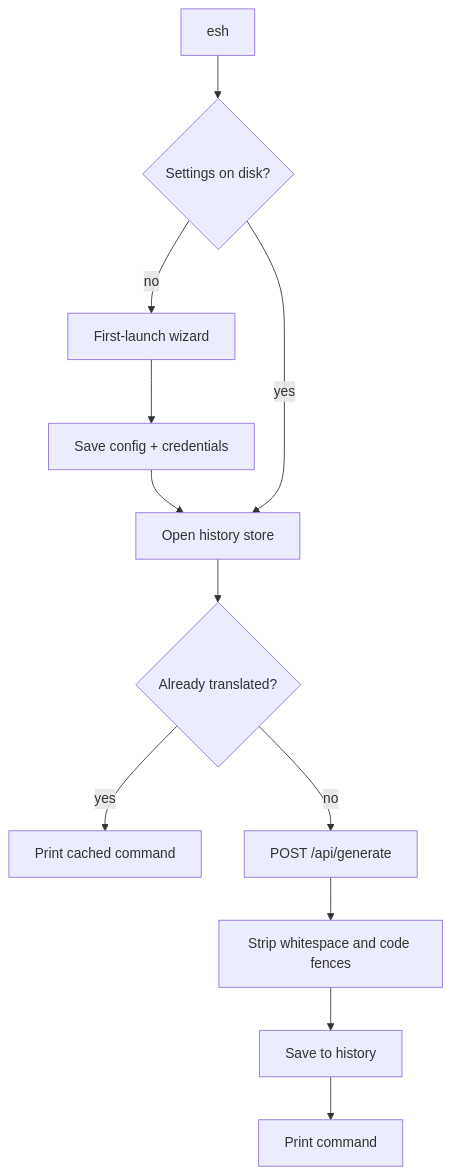
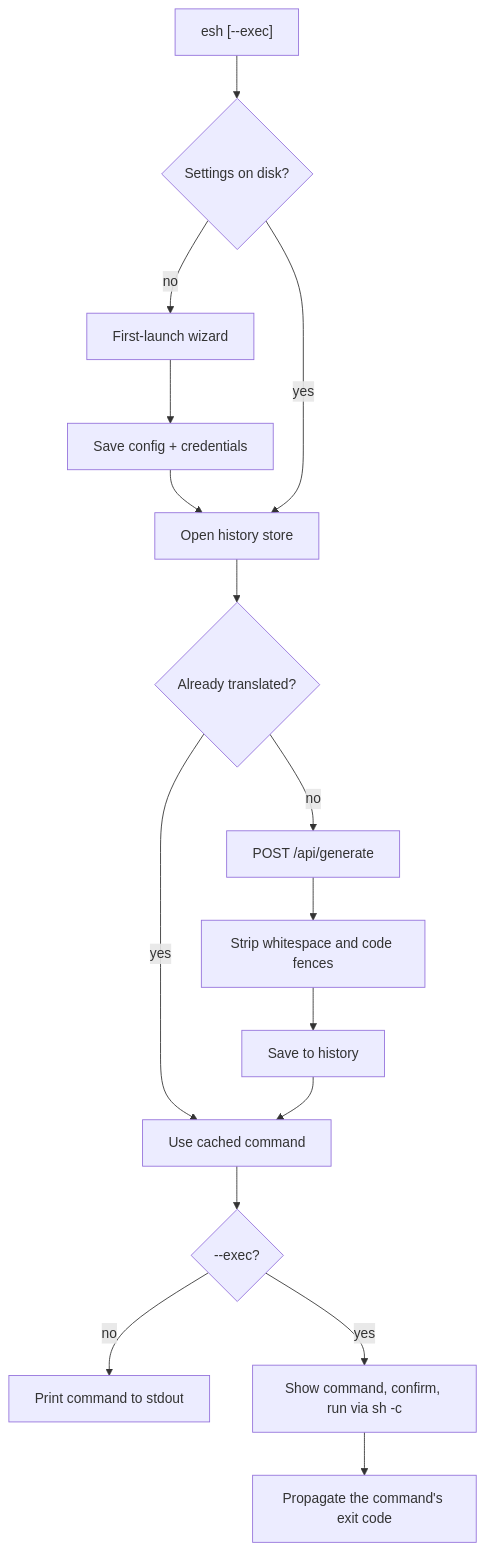
One commit to numericalworks/esh changed the diagram in README.md. Above: the diagram before and after it, drawn with Mermaid. The commit also changed other lines of this file and 3 other files, not shown here.

````diff
--- a/README.md
+++ b/README.md
@@ -136,14 +177,18 @@
 ```mermaid
 flowchart TD
-    A["esh <english>"] --> B{Settings on disk?}
+    A["esh [--exec] <english>"] --> B{Settings on disk?}
     B -- no --> C[First-launch wizard]
     C --> D[Save config + credentials]
     D --> E
     B -- yes --> E[Open history store]
     E --> F{Already translated?}
-    F -- yes --> G[Print cached command]
+    F -- yes --> G[Use cached command]
     F -- no --> H["POST /api/generate"]
     H --> I[Strip whitespace and code fences]
     I --> J[Save to history]
-    J --> K[Print command]
+    J --> G
+    G --> K{--exec?}
+    K -- no --> L[Print command to stdout]
+    K -- yes --> M[Show command, confirm, run via sh -c]
+    M --> N[Propagate the command's exit code]
 ```
````
